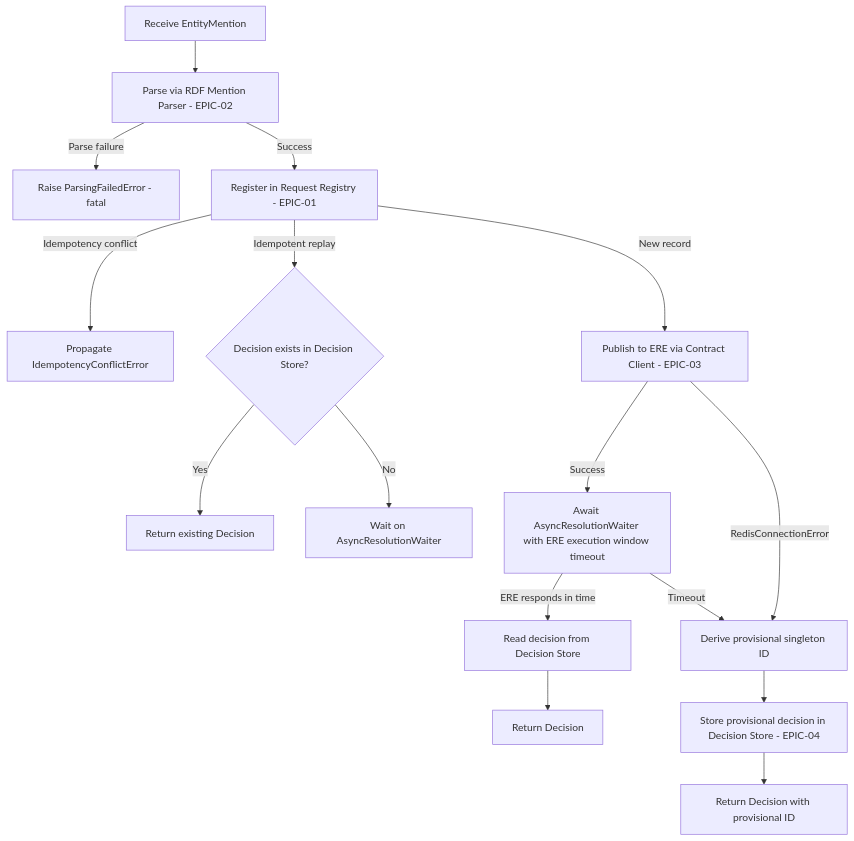
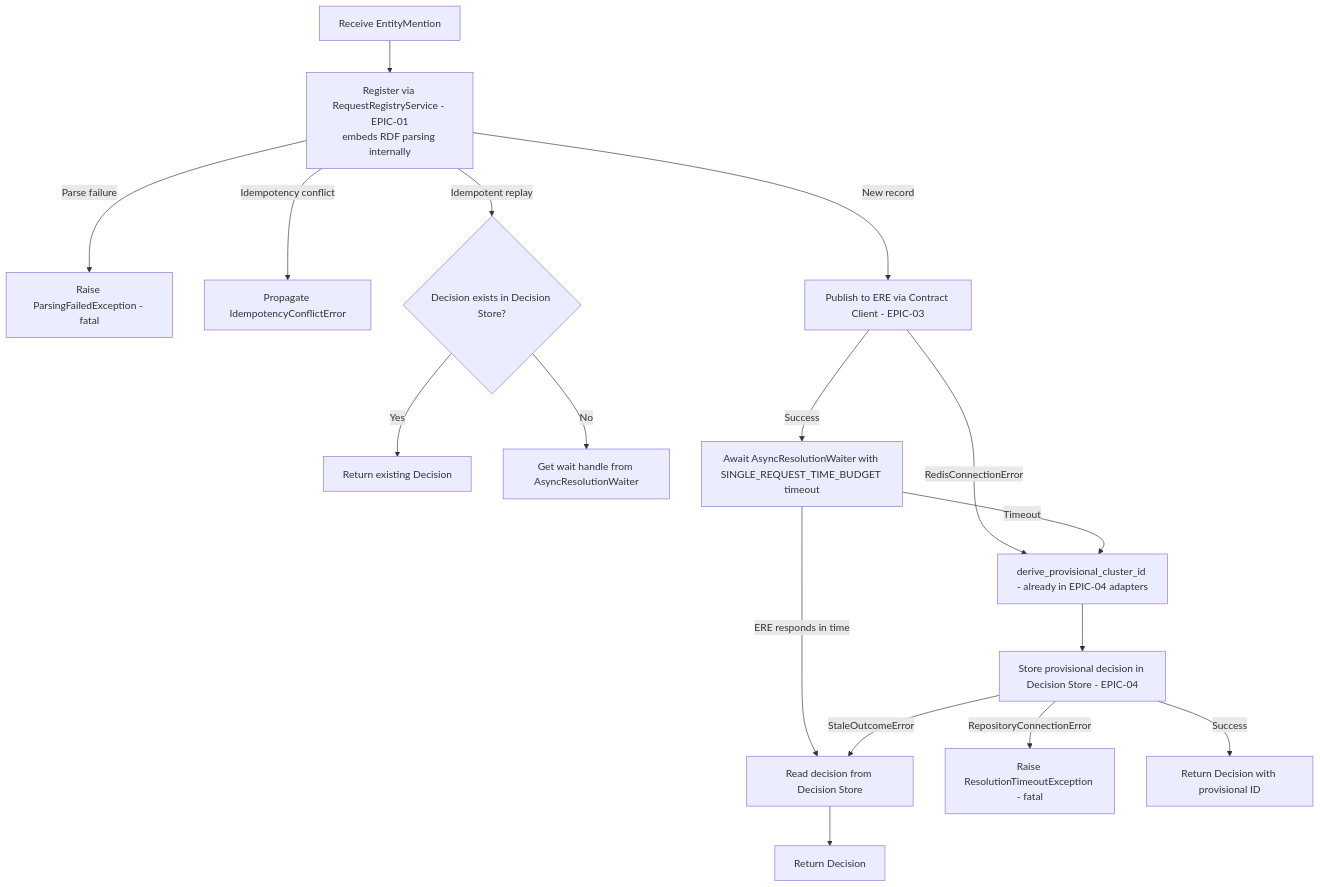
One commit to OP-TED/entity-resolution-service changed the diagram in .claude/memory/epics/ers-epic-06-resolution-coordinator/EPIC.md. Above: the diagram before and after it, drawn with Mermaid. The commit also changed other lines of this file and 7 other files, not shown here.

````diff
--- a/.claude/memory/epics/ers-epic-06-resolution-coordinator/EPIC.md
+++ b/.claude/memory/epics/ers-epic-06-resolution-coordinator/EPIC.md
@@ -139,18 +134,19 @@
 ```mermaid
 flowchart TD
-    A[Receive EntityMention] --> B[Parse via RDF Mention Parser - EPIC-02]
-    B -- Parse failure --> Z1[Raise ParsingFailedError - fatal]
-    B -- Success --> C[Register in Request Registry - EPIC-01]
-    C -- Idempotency conflict --> Z2[Propagate IdempotencyConflictError]
-    C -- Idempotent replay --> D{Decision exists in Decision Store?}
+    A[Receive EntityMention] --> B[Register via RequestRegistryService - EPIC-01\nembeds RDF parsing internally]
+    B -- Parse failure --> Z1[Raise ParsingFailedException - fatal]
+    B -- Idempotency conflict --> Z2[Propagate IdempotencyConflictError]
+    B -- Idempotent replay --> D{Decision exists in Decision Store?}
     D -- Yes --> E[Return existing Decision]
-    D -- No --> F[Wait on AsyncResolutionWaiter]
-    C -- New record --> G[Publish to ERE via Contract Client - EPIC-03]
-    G -- RedisConnectionError --> H[Derive provisional singleton ID]
-    G -- Success --> I[Await AsyncResolutionWaiter with ERE execution window timeout]
+    D -- No --> F[Get wait handle from AsyncResolutionWaiter]
+    B -- New record --> G[Publish to ERE via Contract Client - EPIC-03]
+    G -- RedisConnectionError --> H[derive_provisional_cluster_id - already in EPIC-04 adapters]
+    G -- Success --> I[Await AsyncResolutionWaiter with SINGLE_REQUEST_TIME_BUDGET timeout]
     I -- ERE responds in time --> J[Read decision from Decision Store]
     J --> K[Return Decision]
     I -- Timeout --> H
     H --> L[Store provisional decision in Decision Store - EPIC-04]
-    L --> M[Return Decision with provisional ID]
+    L -- RepositoryConnectionError --> Z3[Raise ResolutionTimeoutException - fatal]
+    L -- StaleOutcomeError --> J
+    L -- Success --> M[Return Decision with provisional ID]
 ```
````
